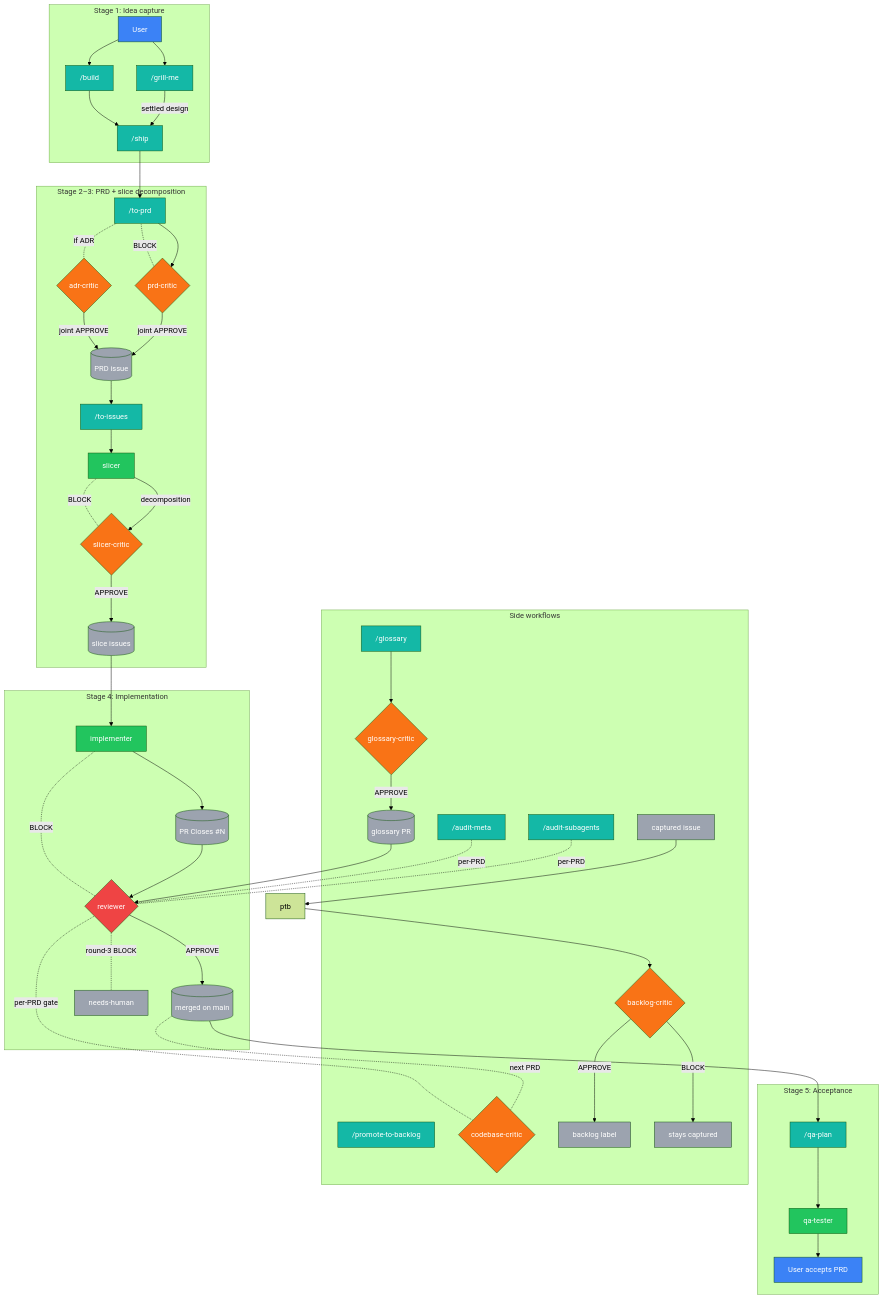
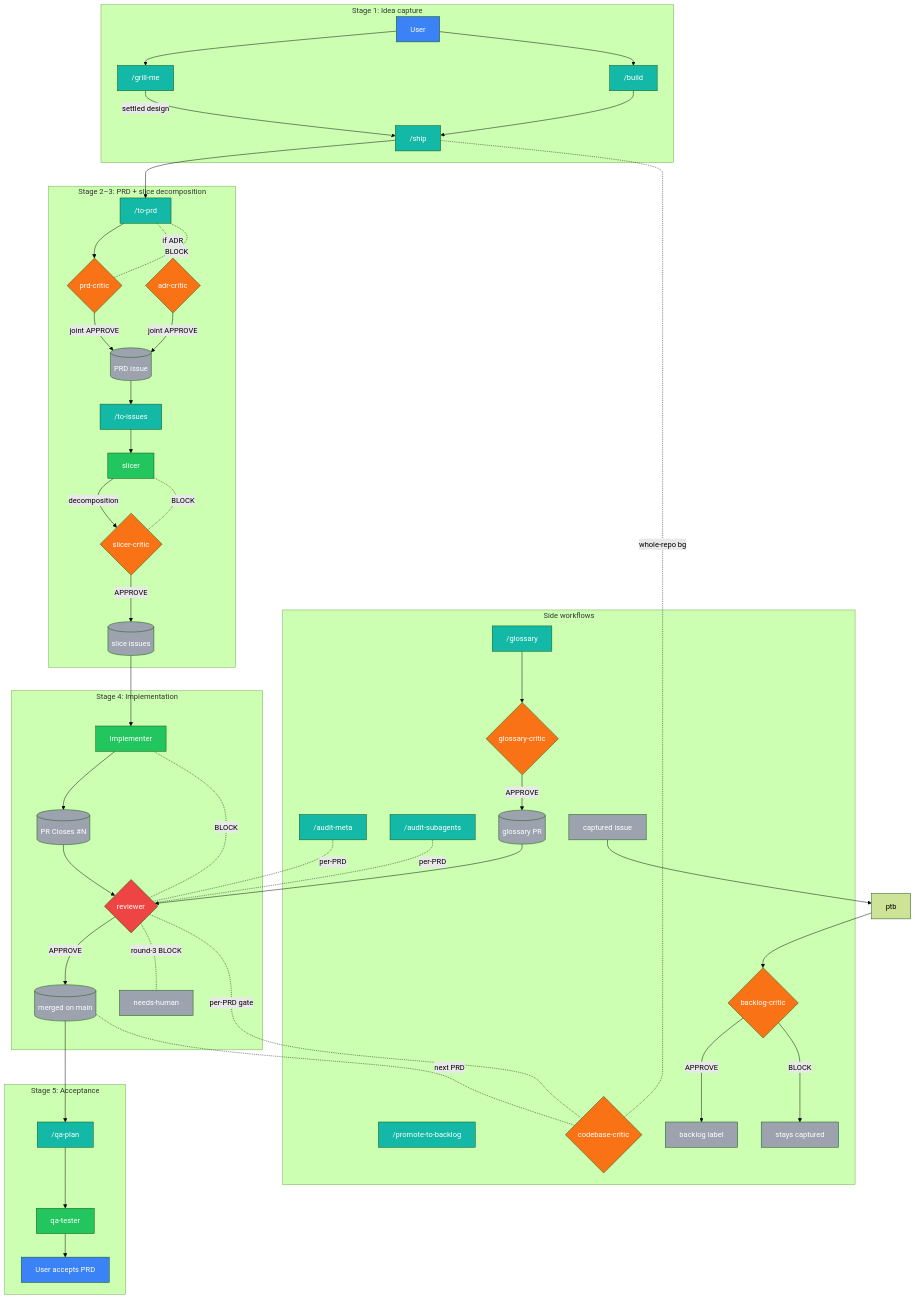
One commit to vojtech-stas/project-claude changed the diagram in README.md. Above: the diagram before and after it, drawn with Mermaid (forest theme). The commit also changed 1 other file, not shown here.

Commit message:
fix(dashboard): codebase-critic ADR attribution + whole-repo mode edge
ADR-0047 D2 is the __edges__ schema extension, not the decision that
added the codebase-critic. Fixes misattribution in comments (lines 61,
146, 240): the addition is ADR-0046 D2.

Adds the codebase-critic whole-repo background mode (ADR-0051 D2) to
the PIPELINE spec: node comment and a new ship→codebase_critic edge
labelled "whole-repo bg". README mermaid regenerated accordingly.

```diff
--- a/README.md
+++ b/README.md
@@ -182,6 +182,7 @@
   backlog_critic -->|BLOCK| capstay
   codebase_critic -.per-PRD gate.- reviewer
   merge -.next PRD.- codebase_critic
+  ship -.whole-repo bg.- codebase_critic
   classDef human fill:#3b82f6,color:#fff
   classDef skill fill:#14b8a6,color:#fff
   classDef gen fill:#22c55e,color:#fff
```
